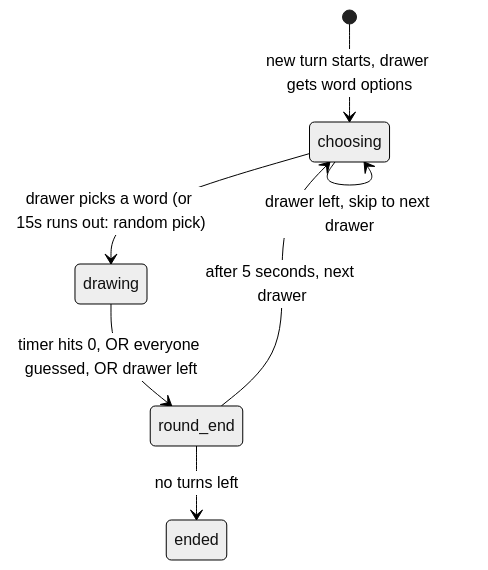
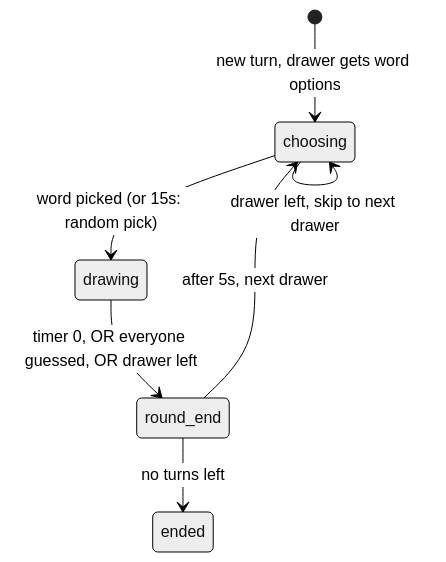
The fourth of 8 diagrams in README.md (ritik-2407/Skribbl), drawn with Mermaid (neutral theme) before and after one commit. The commit also changed other lines of this file and 17 other files, not shown here.

````diff
--- a/README.md
+++ b/README.md
@@ -255,9 +165,9 @@
 ```mermaid
 stateDiagram-v2
-    [*] --> choosing: new turn starts, drawer gets word options
-    choosing --> drawing: drawer picks a word (or 15s runs out: random pick)
-    drawing --> round_end: timer hits 0, OR everyone guessed, OR drawer left
-    round_end --> choosing: after 5 seconds, next drawer
+    [*] --> choosing: new turn, drawer gets word options
+    choosing --> drawing: word picked (or 15s: random pick)
+    drawing --> round_end: timer 0, OR everyone guessed, OR drawer left
+    round_end --> choosing: after 5s, next drawer
     round_end --> ended: no turns left
     choosing --> choosing: drawer left, skip to next drawer
 ```
````
